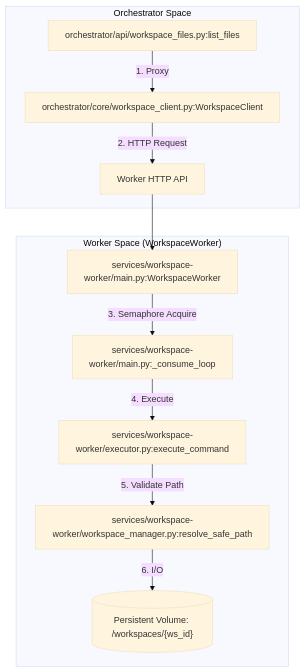
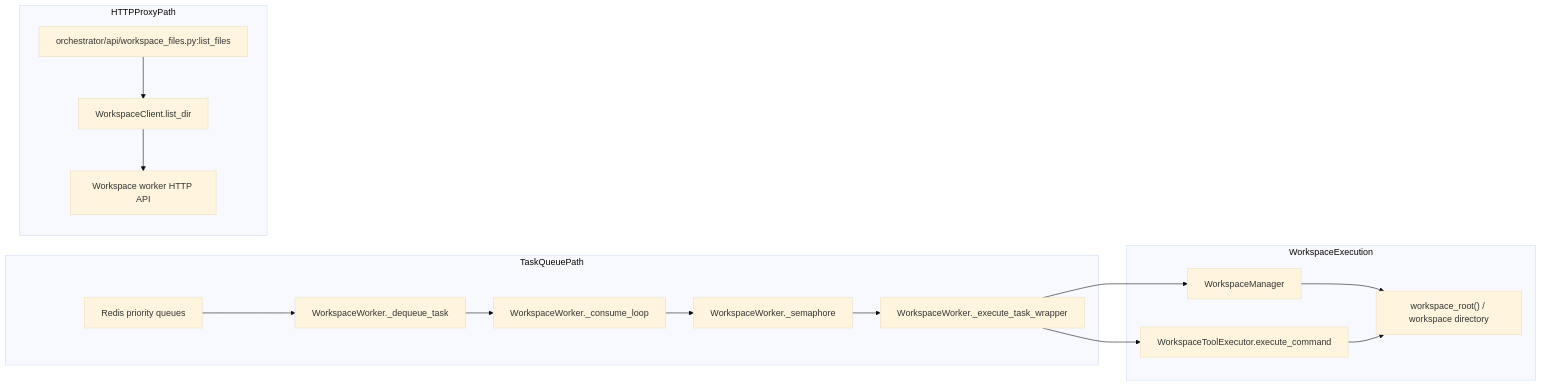
The first of 6 diagrams in docs/workspace-execution/workspace-worker-architecture.md (AutomatosAI/automatos-ai), drawn with Mermaid (base theme) before and after one commit. The commit also changed other lines of this file and 188 other files, not shown here.

First line of the commit message:
docs: refresh architecture docs and add coverage for new subsystems (#1416)

````diff
--- a/docs/workspace-execution/workspace-worker-architecture.md
+++ b/docs/workspace-execution/workspace-worker-architecture.md
@@ -49,15 +71,28 @@
 ```mermaid
-graph TD
-  subgraph "Orchestrator Space"
-    A["orchestrator/api/workspace_files.py:list_files"] -->|1. Proxy| B["orchestrator/core/workspace_client.py:WorkspaceClient"]
-    B -->|2. HTTP Request| C["Worker HTTP API"]
+flowchart LR
+  subgraph "TaskQueuePath"
+    Redis["Redis priority queues"]
+    Dequeue["WorkspaceWorker._dequeue_task"]
+    Loop["WorkspaceWorker._consume_loop"]
+    Semaphore["WorkspaceWorker._semaphore"]
+    Execute["WorkspaceWorker._execute_task_wrapper"]
+    Redis --> Dequeue --> Loop --> Semaphore --> Execute
   end
 
-  subgraph "Worker Space (WorkspaceWorker)"
-    C --> D["services/workspace-worker/main.py:WorkspaceWorker"]
-    D -->|3. Semaphore Acquire| E["services/workspace-worker/main.py:_consume_loop"]
-    E -->|4. Execute| F["services/workspace-worker/executor.py:execute_command"]
-    F -->|5. Validate Path| G["services/workspace-worker/workspace_manager.py:resolve_safe_path"]
-    G -->|6. I/O| H[("Persistent Volume: /workspaces/{ws_id}")]
+  subgraph "WorkspaceExecution"
+    Manager["WorkspaceManager"]
+    Executor["WorkspaceToolExecutor.execute_command"]
+    Root["workspace_root() / workspace directory"]
+    Execute --> Manager
+    Execute --> Executor
+    Manager --> Root
+    Executor --> Root
+  end
+
+  subgraph "HTTPProxyPath"
+    API["orchestrator/api/workspace_files.py:list_files"]
+    Client["WorkspaceClient.list_dir"]
+    WorkerHTTP["Workspace worker HTTP API"]
+    API --> Client --> WorkerHTTP
   end
 ```
````
